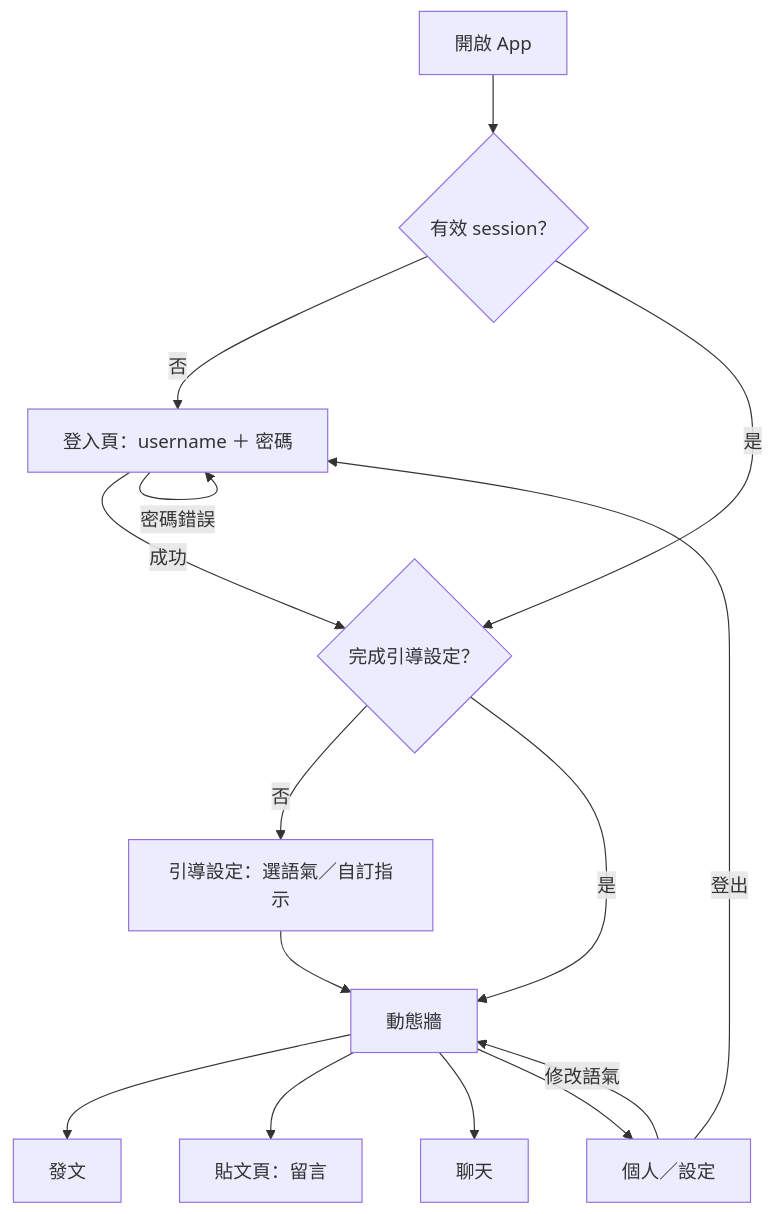
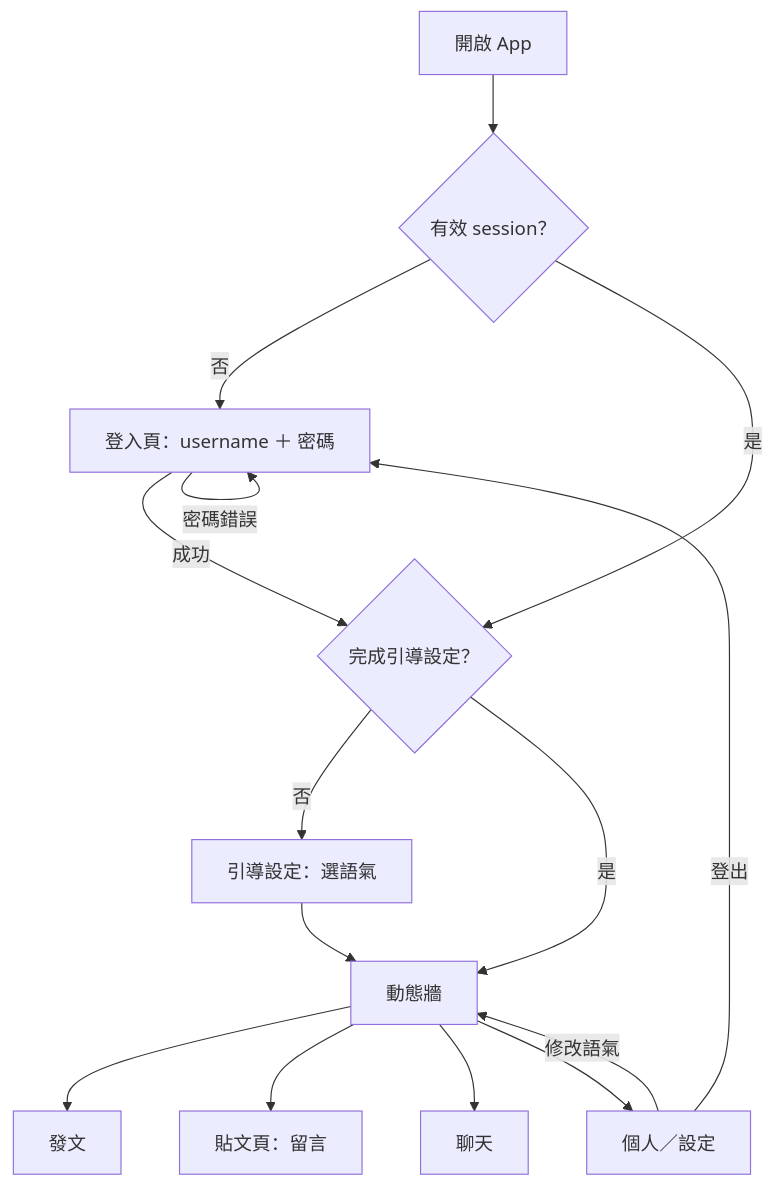
Before and after one commit to yeeway0609/ai-social: the diagram in backlog/docs/ai-social/doc-001 - AI-Social-總覽-PRD.md, drawn with Mermaid. The commit also changed other lines of this file and 54 other files, not shown here.

````diff
--- a/backlog/docs/ai-social/doc-001 - AI-Social-總覽-PRD.md
+++ b/backlog/docs/ai-social/doc-001 - AI-Social-總覽-PRD.md
@@ -83,17 +83,17 @@
 ```mermaid
 flowchart TD
   A[開啟 App] --> B{有效 session？}
   B -- 否 --> C[登入頁：username ＋ 密碼]
   C -- 密碼錯誤 --> C
   C -- 成功 --> D{完成引導設定？}
   B -- 是 --> D
-  D -- 否 --> E[引導設定：選語氣／自訂指示]
+  D -- 否 --> E[引導設定：選語氣]
   E --> F[動態牆]
   D -- 是 --> F
   F --> G[發文]
   F --> H[貼文頁：留言]
   F --> I[聊天]
   F --> J[個人／設定]
   J -- 修改語氣 --> F
   J -- 登出 --> C
 ```
````
